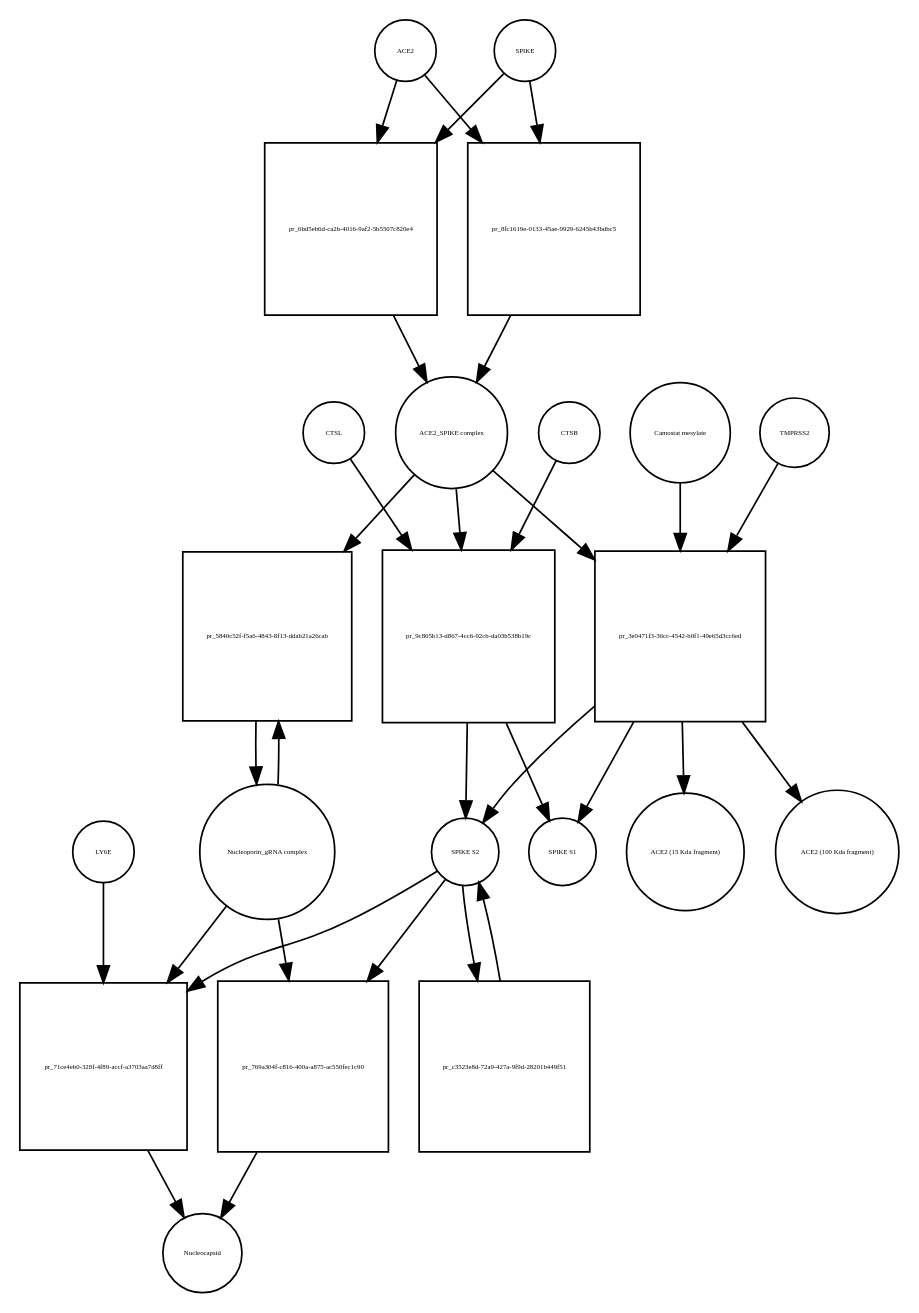
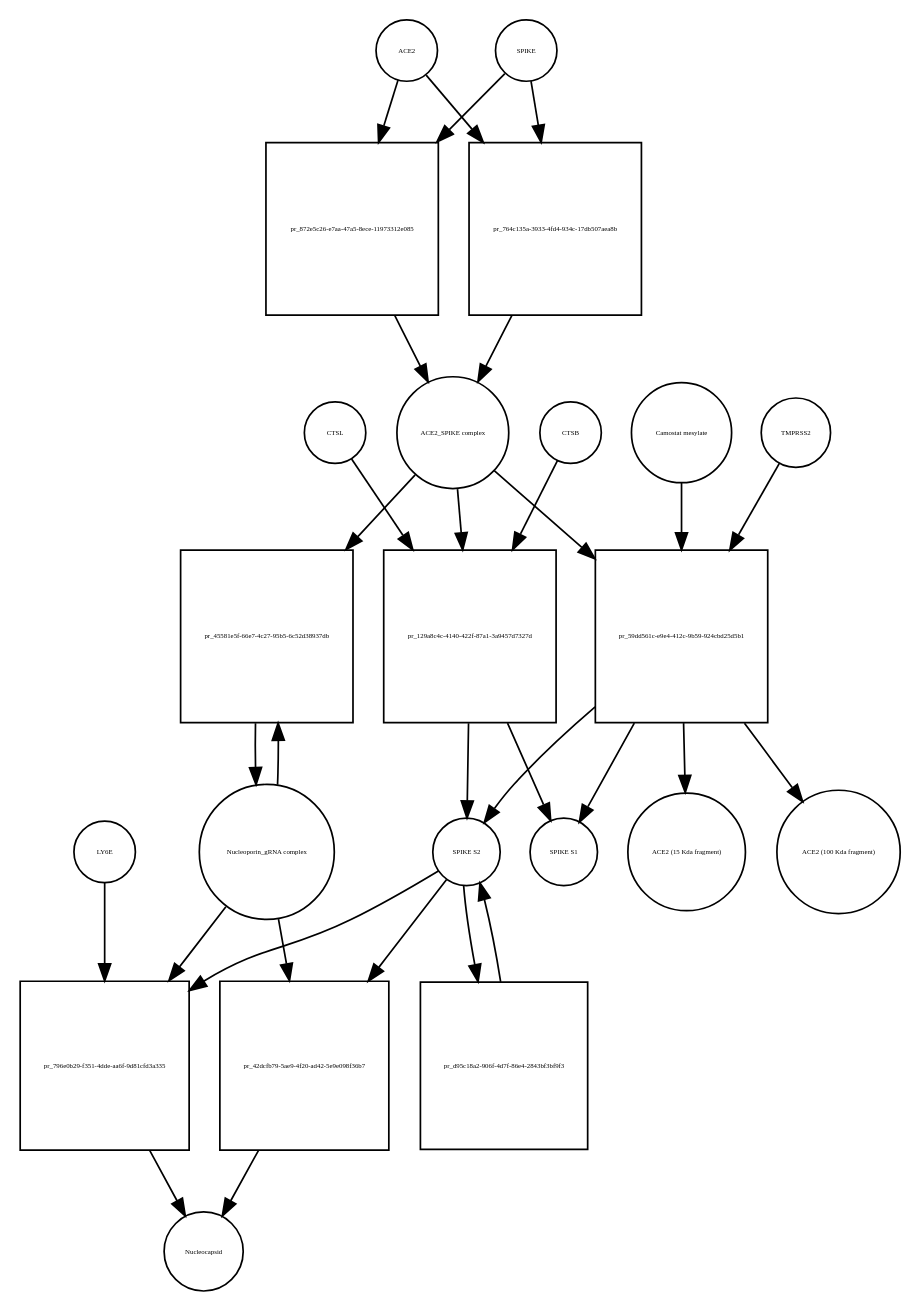
One commit to cannin/covid19-sbgn changed the diagram in Virus_replication_cycle_V02.xml_bipartite.dot. Above: the diagram before and after it, drawn with Graphviz. The commit also changed 564 other files, not shown here.

```diff
--- a/Virus_replication_cycle_V02.xml_bipartite.dot
+++ b/Virus_replication_cycle_V02.xml_bipartite.dot
@@ -1,54 +1,54 @@
 strict digraph  {
 ACE2 [annotation="", bipartite=0, cls=macromolecule, fontsize=4, label=ACE2, shape=circle];
-"pr_6bd5eb6d-ca2b-4016-9af2-5b5507c820e4" [annotation="", bipartite=1, cls=process, fontsize=4, label="pr_6bd5eb6d-ca2b-4016-9af2-5b5507c820e4", shape=square];
+"pr_872e5c26-e7aa-47a5-8ece-11973312e085" [annotation="", bipartite=1, cls=process, fontsize=4, label="pr_872e5c26-e7aa-47a5-8ece-11973312e085", shape=square];
 "ACE2_SPIKE complex" [annotation="", bipartite=0, cls=complex, fontsize=4, label="ACE2_SPIKE complex", shape=circle];
 SPIKE [annotation="", bipartite=0, cls="macromolecule multimer", fontsize=4, label=SPIKE, shape=circle];
 "Nucleoporin_gRNA complex " [annotation="", bipartite=0, cls=complex, fontsize=4, label="Nucleoporin_gRNA complex ", shape=circle];
-"pr_5840c52f-f5a6-4843-8f13-ddab21a26cab" [annotation="", bipartite=1, cls=process, fontsize=4, label="pr_5840c52f-f5a6-4843-8f13-ddab21a26cab", shape=square];
-"pr_9c865b13-d867-4cc6-92cb-da03b538b19c" [annotation="", bipartite=1, cls=process, fontsize=4, label="pr_9c865b13-d867-4cc6-92cb-da03b538b19c", shape=square];
+"pr_45581e5f-66e7-4c27-95b5-6c52d38937db" [annotation="", bipartite=1, cls=process, fontsize=4, label="pr_45581e5f-66e7-4c27-95b5-6c52d38937db", shape=square];
+"pr_129a8c4c-4140-422f-87a1-3a9457d7327d" [annotation="", bipartite=1, cls=process, fontsize=4, label="pr_129a8c4c-4140-422f-87a1-3a9457d7327d", shape=square];
 "SPIKE S2" [annotation="", bipartite=0, cls=macromolecule, fontsize=4, label="SPIKE S2", shape=circle];
 CTSB [annotation="", bipartite=0, cls=macromolecule, fontsize=4, label=CTSB, shape=circle];
 CTSL [annotation="", bipartite=0, cls=macromolecule, fontsize=4, label=CTSL, shape=circle];
 "SPIKE S1" [annotation="", bipartite=0, cls=macromolecule, fontsize=4, label="SPIKE S1", shape=circle];
-"pr_3e0471f3-36cc-4542-b0f1-49e65d3cc6ed" [annotation="", bipartite=1, cls=process, fontsize=4, label="pr_3e0471f3-36cc-4542-b0f1-49e65d3cc6ed", shape=square];
+"pr_59dd561c-e9e4-412c-9b59-924cbd25d5b1" [annotation="", bipartite=1, cls=process, fontsize=4, label="pr_59dd561c-e9e4-412c-9b59-924cbd25d5b1", shape=square];
 TMPRSS2 [annotation="", bipartite=0, cls=macromolecule, fontsize=4, label=TMPRSS2, shape=circle];
 "Camostat mesylate" [annotation="urn_miriam_pubchem.compound_2536", bipartite=0, cls="simple chemical", fontsize=4, label="Camostat mesylate", shape=circle];
 "ACE2 (15 Kda fragment)" [annotation="", bipartite=0, cls=macromolecule, fontsize=4, label="ACE2 (15 Kda fragment)", shape=circle];
 "ACE2 (100 Kda fragment)" [annotation="", bipartite=0, cls=macromolecule, fontsize=4, label="ACE2 (100 Kda fragment)", shape=circle];
-"pr_8fc1619e-0133-45ae-9929-6245b43bdbc5" [annotation="", bipartite=1, cls=process, fontsize=4, label="pr_8fc1619e-0133-45ae-9929-6245b43bdbc5", shape=square];
-"pr_71ce4eb0-328f-4f89-accf-a3703aa7d8ff" [annotation="", bipartite=1, cls=process, fontsize=4, label="pr_71ce4eb0-328f-4f89-accf-a3703aa7d8ff", shape=square];
+"pr_764c135a-3933-4fd4-934c-17db507aea8b" [annotation="", bipartite=1, cls=process, fontsize=4, label="pr_764c135a-3933-4fd4-934c-17db507aea8b", shape=square];
+"pr_796e0b29-f351-4dde-aa6f-9d81cfd3a335" [annotation="", bipartite=1, cls=process, fontsize=4, label="pr_796e0b29-f351-4dde-aa6f-9d81cfd3a335", shape=square];
 Nucleocapsid [annotation="", bipartite=0, cls=complex, fontsize=4, label=Nucleocapsid, shape=circle];
 LY6E [annotation="", bipartite=0, cls=macromolecule, fontsize=4, label=LY6E, shape=circle];
-"pr_c3523e8d-72a9-427a-9f9d-28201b449f51" [annotation="", bipartite=1, cls=process, fontsize=4, label="pr_c3523e8d-72a9-427a-9f9d-28201b449f51", shape=square];
-"pr_769a304f-c816-400a-a875-ac550fec1c90" [annotation="", bipartite=1, cls=process, fontsize=4, label="pr_769a304f-c816-400a-a875-ac550fec1c90", shape=square];
-ACE2 -> "pr_6bd5eb6d-ca2b-4016-9af2-5b5507c820e4"  [annotation="", interaction_type=consumption];
-ACE2 -> "pr_8fc1619e-0133-45ae-9929-6245b43bdbc5"  [annotation="", interaction_type=consumption];
-"pr_6bd5eb6d-ca2b-4016-9af2-5b5507c820e4" -> "ACE2_SPIKE complex"  [annotation="", interaction_type=production];
-"ACE2_SPIKE complex" -> "pr_5840c52f-f5a6-4843-8f13-ddab21a26cab"  [annotation="urn_miriam_pubmed_32142651|urn_miriam_pubmed_32094589", interaction_type=stimulation];
-"ACE2_SPIKE complex" -> "pr_9c865b13-d867-4cc6-92cb-da03b538b19c"  [annotation="", interaction_type=consumption];
-"ACE2_SPIKE complex" -> "pr_3e0471f3-36cc-4542-b0f1-49e65d3cc6ed"  [annotation="", interaction_type=consumption];
-SPIKE -> "pr_6bd5eb6d-ca2b-4016-9af2-5b5507c820e4"  [annotation="", interaction_type=consumption];
-SPIKE -> "pr_8fc1619e-0133-45ae-9929-6245b43bdbc5"  [annotation="", interaction_type=consumption];
-"Nucleoporin_gRNA complex " -> "pr_5840c52f-f5a6-4843-8f13-ddab21a26cab"  [annotation="", interaction_type=consumption];
-"Nucleoporin_gRNA complex " -> "pr_71ce4eb0-328f-4f89-accf-a3703aa7d8ff"  [annotation="", interaction_type=consumption];
-"Nucleoporin_gRNA complex " -> "pr_769a304f-c816-400a-a875-ac550fec1c90"  [annotation="", interaction_type=consumption];
-"pr_5840c52f-f5a6-4843-8f13-ddab21a26cab" -> "Nucleoporin_gRNA complex "  [annotation="", interaction_type=production];
-"pr_9c865b13-d867-4cc6-92cb-da03b538b19c" -> "SPIKE S2"  [annotation="", interaction_type=production];
-"pr_9c865b13-d867-4cc6-92cb-da03b538b19c" -> "SPIKE S1"  [annotation="", interaction_type=production];
-"SPIKE S2" -> "pr_71ce4eb0-328f-4f89-accf-a3703aa7d8ff"  [annotation="urn_miriam_doi_10.1101%2F2020.03.05.979260|urn_miriam_doi_10.1101%2F2020.04.02.021469", interaction_type=stimulation];
-"SPIKE S2" -> "pr_c3523e8d-72a9-427a-9f9d-28201b449f51"  [annotation="", interaction_type=consumption];
-"SPIKE S2" -> "pr_769a304f-c816-400a-a875-ac550fec1c90"  [annotation="", interaction_type=stimulation];
-CTSB -> "pr_9c865b13-d867-4cc6-92cb-da03b538b19c"  [annotation=urn_miriam_pubmed_32142651, interaction_type=catalysis];
-CTSL -> "pr_9c865b13-d867-4cc6-92cb-da03b538b19c"  [annotation=urn_miriam_pubmed_32142651, interaction_type=catalysis];
-"pr_3e0471f3-36cc-4542-b0f1-49e65d3cc6ed" -> "SPIKE S2"  [annotation="", interaction_type=production];
-"pr_3e0471f3-36cc-4542-b0f1-49e65d3cc6ed" -> "SPIKE S1"  [annotation="", interaction_type=production];
-"pr_3e0471f3-36cc-4542-b0f1-49e65d3cc6ed" -> "ACE2 (15 Kda fragment)"  [annotation="", interaction_type=production];
-"pr_3e0471f3-36cc-4542-b0f1-49e65d3cc6ed" -> "ACE2 (100 Kda fragment)"  [annotation="", interaction_type=production];
-TMPRSS2 -> "pr_3e0471f3-36cc-4542-b0f1-49e65d3cc6ed"  [annotation="urn_miriam_pubmed_32142651|urn_miriam_pubmed_32094589|urn_miriam_pubmed_24227843", interaction_type=catalysis];
-"Camostat mesylate" -> "pr_3e0471f3-36cc-4542-b0f1-49e65d3cc6ed"  [annotation="urn_miriam_pubmed_32142651|urn_miriam_pubmed_32094589|urn_miriam_pubmed_24227843", interaction_type=inhibition];
-"pr_8fc1619e-0133-45ae-9929-6245b43bdbc5" -> "ACE2_SPIKE complex"  [annotation="", interaction_type=production];
-"pr_71ce4eb0-328f-4f89-accf-a3703aa7d8ff" -> Nucleocapsid  [annotation="", interaction_type=production];
-LY6E -> "pr_71ce4eb0-328f-4f89-accf-a3703aa7d8ff"  [annotation="urn_miriam_doi_10.1101%2F2020.03.05.979260|urn_miriam_doi_10.1101%2F2020.04.02.021469", interaction_type=inhibition];
-"pr_c3523e8d-72a9-427a-9f9d-28201b449f51" -> "SPIKE S2"  [annotation="", interaction_type=production];
-"pr_769a304f-c816-400a-a875-ac550fec1c90" -> Nucleocapsid  [annotation="", interaction_type=production];
+"pr_d95c18a2-906f-4d7f-86e4-2843bf3bf9f3" [annotation="", bipartite=1, cls=process, fontsize=4, label="pr_d95c18a2-906f-4d7f-86e4-2843bf3bf9f3", shape=square];
+"pr_42dcfb79-5ae9-4f20-ad42-5e9e098f36b7" [annotation="", bipartite=1, cls=process, fontsize=4, label="pr_42dcfb79-5ae9-4f20-ad42-5e9e098f36b7", shape=square];
+ACE2 -> "pr_872e5c26-e7aa-47a5-8ece-11973312e085"  [annotation="", interaction_type=consumption];
+ACE2 -> "pr_764c135a-3933-4fd4-934c-17db507aea8b"  [annotation="", interaction_type=consumption];
+"pr_872e5c26-e7aa-47a5-8ece-11973312e085" -> "ACE2_SPIKE complex"  [annotation="", interaction_type=production];
+"ACE2_SPIKE complex" -> "pr_45581e5f-66e7-4c27-95b5-6c52d38937db"  [annotation="urn_miriam_pubmed_32142651|urn_miriam_pubmed_32094589", interaction_type=stimulation];
+"ACE2_SPIKE complex" -> "pr_129a8c4c-4140-422f-87a1-3a9457d7327d"  [annotation="", interaction_type=consumption];
+"ACE2_SPIKE complex" -> "pr_59dd561c-e9e4-412c-9b59-924cbd25d5b1"  [annotation="", interaction_type=consumption];
+SPIKE -> "pr_872e5c26-e7aa-47a5-8ece-11973312e085"  [annotation="", interaction_type=consumption];
+SPIKE -> "pr_764c135a-3933-4fd4-934c-17db507aea8b"  [annotation="", interaction_type=consumption];
+"Nucleoporin_gRNA complex " -> "pr_45581e5f-66e7-4c27-95b5-6c52d38937db"  [annotation="", interaction_type=consumption];
+"Nucleoporin_gRNA complex " -> "pr_796e0b29-f351-4dde-aa6f-9d81cfd3a335"  [annotation="", interaction_type=consumption];
+"Nucleoporin_gRNA complex " -> "pr_42dcfb79-5ae9-4f20-ad42-5e9e098f36b7"  [annotation="", interaction_type=consumption];
+"pr_45581e5f-66e7-4c27-95b5-6c52d38937db" -> "Nucleoporin_gRNA complex "  [annotation="", interaction_type=production];
+"pr_129a8c4c-4140-422f-87a1-3a9457d7327d" -> "SPIKE S2"  [annotation="", interaction_type=production];
+"pr_129a8c4c-4140-422f-87a1-3a9457d7327d" -> "SPIKE S1"  [annotation="", interaction_type=production];
+"SPIKE S2" -> "pr_796e0b29-f351-4dde-aa6f-9d81cfd3a335"  [annotation="urn_miriam_doi_10.1101%2F2020.03.05.979260|urn_miriam_doi_10.1101%2F2020.04.02.021469", interaction_type=stimulation];
+"SPIKE S2" -> "pr_d95c18a2-906f-4d7f-86e4-2843bf3bf9f3"  [annotation="", interaction_type=consumption];
+"SPIKE S2" -> "pr_42dcfb79-5ae9-4f20-ad42-5e9e098f36b7"  [annotation="", interaction_type=stimulation];
+CTSB -> "pr_129a8c4c-4140-422f-87a1-3a9457d7327d"  [annotation=urn_miriam_pubmed_32142651, interaction_type=catalysis];
+CTSL -> "pr_129a8c4c-4140-422f-87a1-3a9457d7327d"  [annotation=urn_miriam_pubmed_32142651, interaction_type=catalysis];
+"pr_59dd561c-e9e4-412c-9b59-924cbd25d5b1" -> "SPIKE S2"  [annotation="", interaction_type=production];
+"pr_59dd561c-e9e4-412c-9b59-924cbd25d5b1" -> "SPIKE S1"  [annotation="", interaction_type=production];
+"pr_59dd561c-e9e4-412c-9b59-924cbd25d5b1" -> "ACE2 (15 Kda fragment)"  [annotation="", interaction_type=production];
+"pr_59dd561c-e9e4-412c-9b59-924cbd25d5b1" -> "ACE2 (100 Kda fragment)"  [annotation="", interaction_type=production];
+TMPRSS2 -> "pr_59dd561c-e9e4-412c-9b59-924cbd25d5b1"  [annotation="urn_miriam_pubmed_32142651|urn_miriam_pubmed_32094589|urn_miriam_pubmed_24227843", interaction_type=catalysis];
+"Camostat mesylate" -> "pr_59dd561c-e9e4-412c-9b59-924cbd25d5b1"  [annotation="urn_miriam_pubmed_32142651|urn_miriam_pubmed_32094589|urn_miriam_pubmed_24227843", interaction_type=inhibition];
+"pr_764c135a-3933-4fd4-934c-17db507aea8b" -> "ACE2_SPIKE complex"  [annotation="", interaction_type=production];
+"pr_796e0b29-f351-4dde-aa6f-9d81cfd3a335" -> Nucleocapsid  [annotation="", interaction_type=production];
+LY6E -> "pr_796e0b29-f351-4dde-aa6f-9d81cfd3a335"  [annotation="urn_miriam_doi_10.1101%2F2020.03.05.979260|urn_miriam_doi_10.1101%2F2020.04.02.021469", interaction_type=inhibition];
+"pr_d95c18a2-906f-4d7f-86e4-2843bf3bf9f3" -> "SPIKE S2"  [annotation="", interaction_type=production];
+"pr_42dcfb79-5ae9-4f20-ad42-5e9e098f36b7" -> Nucleocapsid  [annotation="", interaction_type=production];
 }
```
